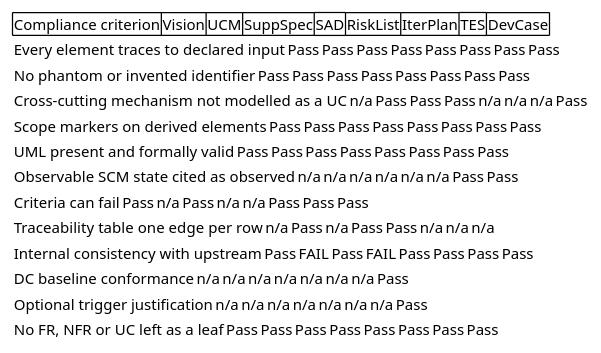
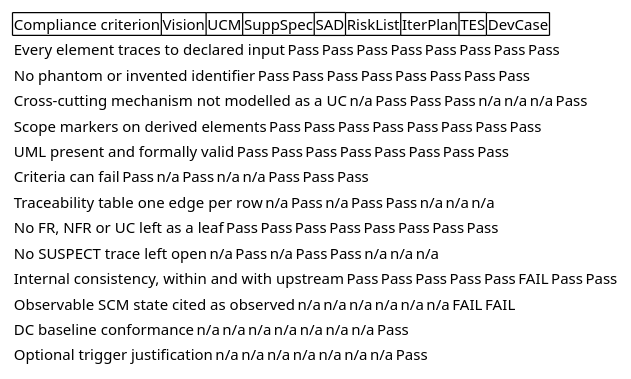
The first of 20 diagrams in docs/artifacts/project-management/review-record.md (banense-test/portal), drawn with PlantUML before and after one commit. The commit also changed other lines of this file, not shown here.

````diff
--- a/docs/artifacts/project-management/review-record.md
+++ b/docs/artifacts/project-management/review-record.md
@@ -59,19 +59,20 @@
 ```plantuml
 @startsalt
 {
   {# Compliance criterion | Vision | UCM | SuppSpec | SAD | RiskList | IterPlan | TES | DevCase }
   { Every element traces to declared input | Pass | Pass | Pass | Pass | Pass | Pass | Pass | Pass }
   { No phantom or invented identifier | Pass | Pass | Pass | Pass | Pass | Pass | Pass | Pass }
   { Cross-cutting mechanism not modelled as a UC | n/a | Pass | Pass | Pass | n/a | n/a | n/a | Pass }
   { Scope markers on derived elements | Pass | Pass | Pass | Pass | Pass | Pass | Pass | Pass }
   { UML present and formally valid | Pass | Pass | Pass | Pass | Pass | Pass | Pass | Pass }
-  { Observable SCM state cited as observed | n/a | n/a | n/a | n/a | n/a | n/a | Pass | Pass }
   { Criteria can fail | Pass | n/a | Pass | n/a | n/a | Pass | Pass | Pass }
   { Traceability table one edge per row | n/a | Pass | n/a | Pass | Pass | n/a | n/a | n/a }
-  { Internal consistency with upstream | Pass | FAIL | Pass | FAIL | Pass | Pass | Pass | Pass }
+  { No FR, NFR or UC left as a leaf | Pass | Pass | Pass | Pass | Pass | Pass | Pass | Pass }
+  { No SUSPECT trace left open | n/a | Pass | n/a | Pass | Pass | n/a | n/a | n/a }
+  { Internal consistency, within and with upstream | Pass | Pass | Pass | Pass | Pass | FAIL | Pass | Pass }
+  { Observable SCM state cited as observed | n/a | n/a | n/a | n/a | n/a | n/a | FAIL | FAIL }
   { DC baseline conformance | n/a | n/a | n/a | n/a | n/a | n/a | n/a | Pass }
   { Optional trigger justification | n/a | n/a | n/a | n/a | n/a | n/a | n/a | Pass }
-  { No FR, NFR or UC left as a leaf | Pass | Pass | Pass | Pass | Pass | Pass | Pass | Pass }
 }
 @endsalt
 ```
````
